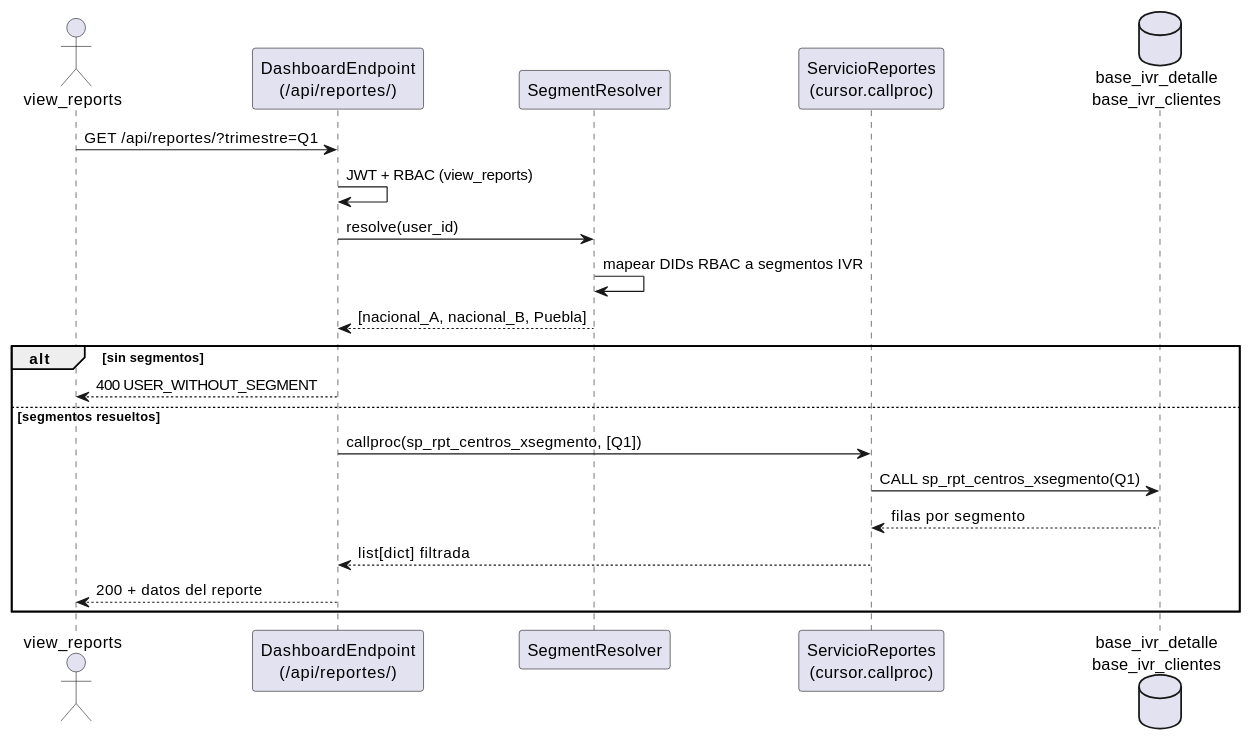
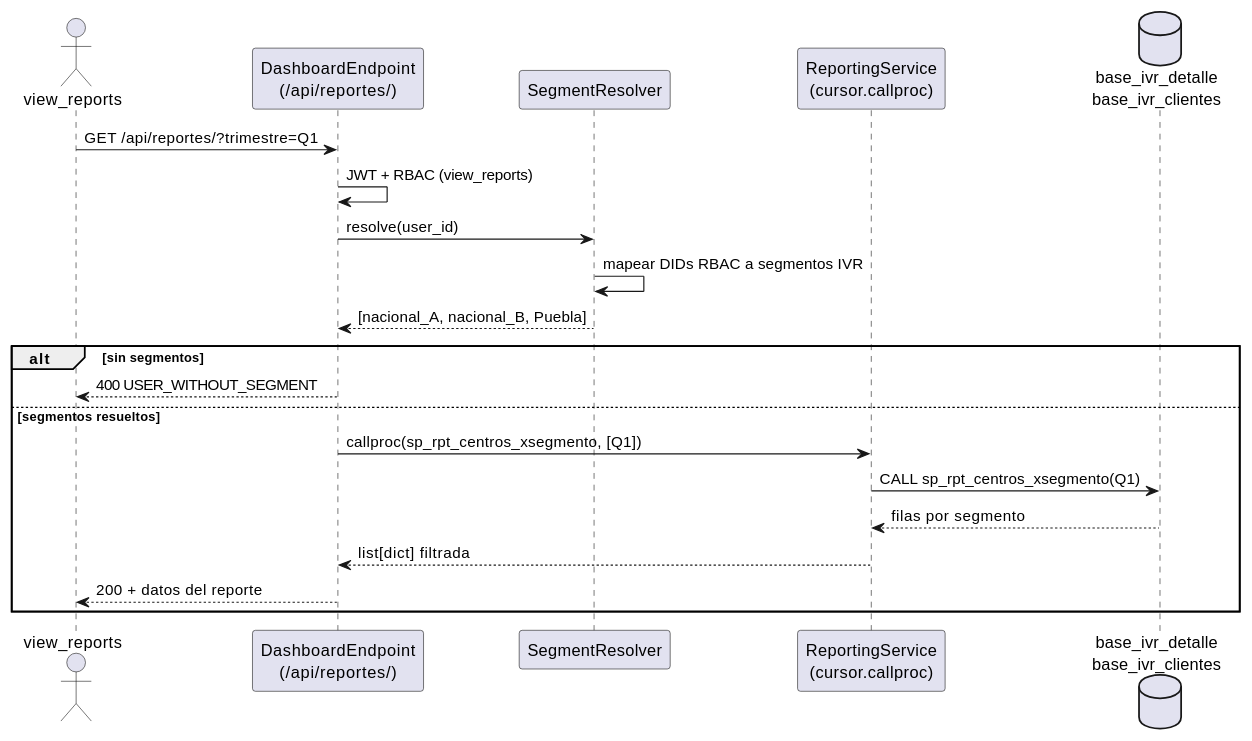
Before and after one commit to jcg-admin/IACT-docs: the diagram in source/arquitectura-tecnica/modulos/vis-reports/diagramas/secuencia-sp-rpt-flujo-completo.rst, drawn with PlantUML. The commit also changed 79 other files, not shown here.

```diff
--- a/source/arquitectura-tecnica/modulos/vis-reports/diagramas/secuencia-sp-rpt-flujo-completo.rst
+++ b/source/arquitectura-tecnica/modulos/vis-reports/diagramas/secuencia-sp-rpt-flujo-completo.rst
@@ -19,28 +19,28 @@
 .. uml::
  :caption: Secuencia de consulta de reporte IVR via cursor.callproc sobre Almacen de Datos.
 
  @startuml
 
  actor "view_reports" as view_reports
  participant "DashboardEndpoint\n(/api/reportes/)" as Dashboardendpoint
  participant "SegmentResolver" as Segmentresolver
- participant "ServicioReportes\n(cursor.callproc)" as Servicioreportes
+ participant "ReportingService\n(cursor.callproc)" as Servicioreportes
  database "base_ivr_detalle\nbase_ivr_clientes" as BD_IVR
 
  view_reports -> Dashboardendpoint : GET /api/reportes/?trimestre=Q1
  Dashboardendpoint -> Dashboardendpoint : JWT + RBAC (view_reports)
  Dashboardendpoint -> Segmentresolver : resolve(user_id)
  Segmentresolver -> Segmentresolver : mapear DIDs RBAC a segmentos IVR
  Segmentresolver --> Dashboardendpoint : [nacional_A, nacional_B, Puebla]
 
  alt sin segmentos
    Dashboardendpoint --> view_reports : 400 USER_WITHOUT_SEGMENT
  else segmentos resueltos
    Dashboardendpoint -> Servicioreportes : callproc(sp_rpt_centros_xsegmento, [Q1])
    Servicioreportes -> BD_IVR : CALL sp_rpt_centros_xsegmento(Q1)
    BD_IVR --> Servicioreportes : filas por segmento
    Servicioreportes --> Dashboardendpoint : list[dict] filtrada
    Dashboardendpoint --> view_reports : 200 + datos del reporte
  end
 
  @enduml
```
